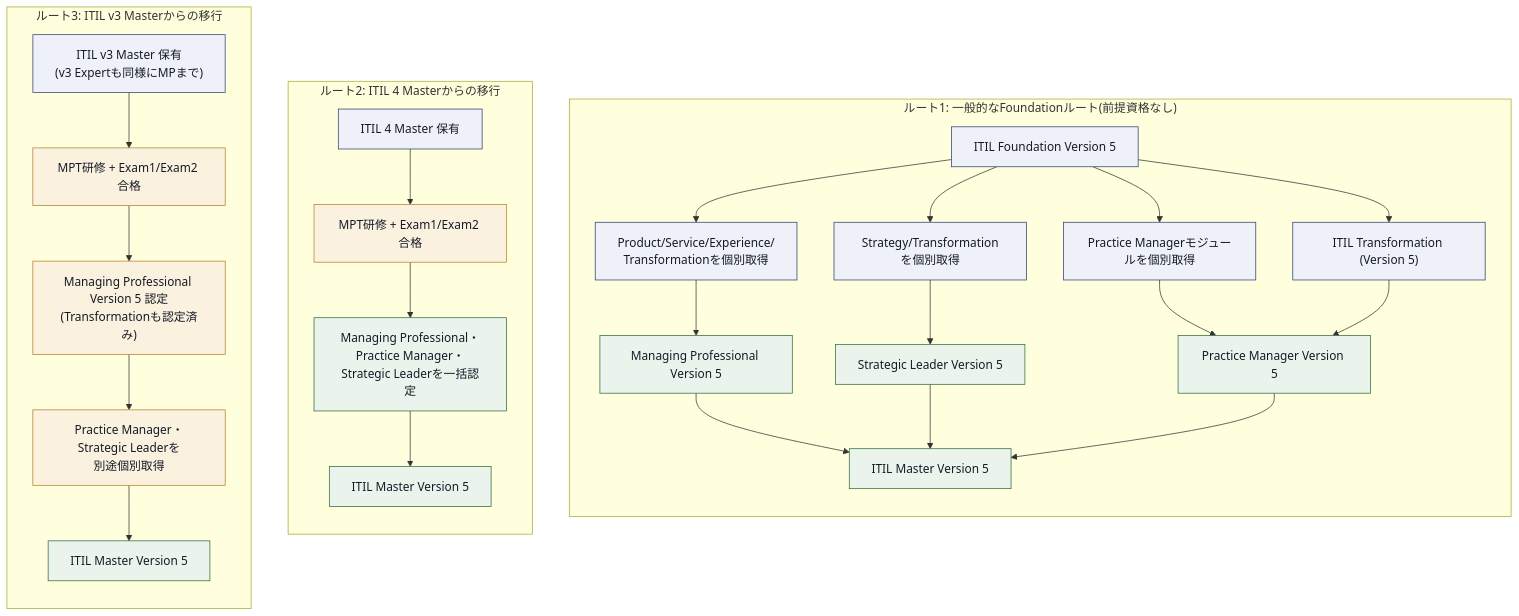
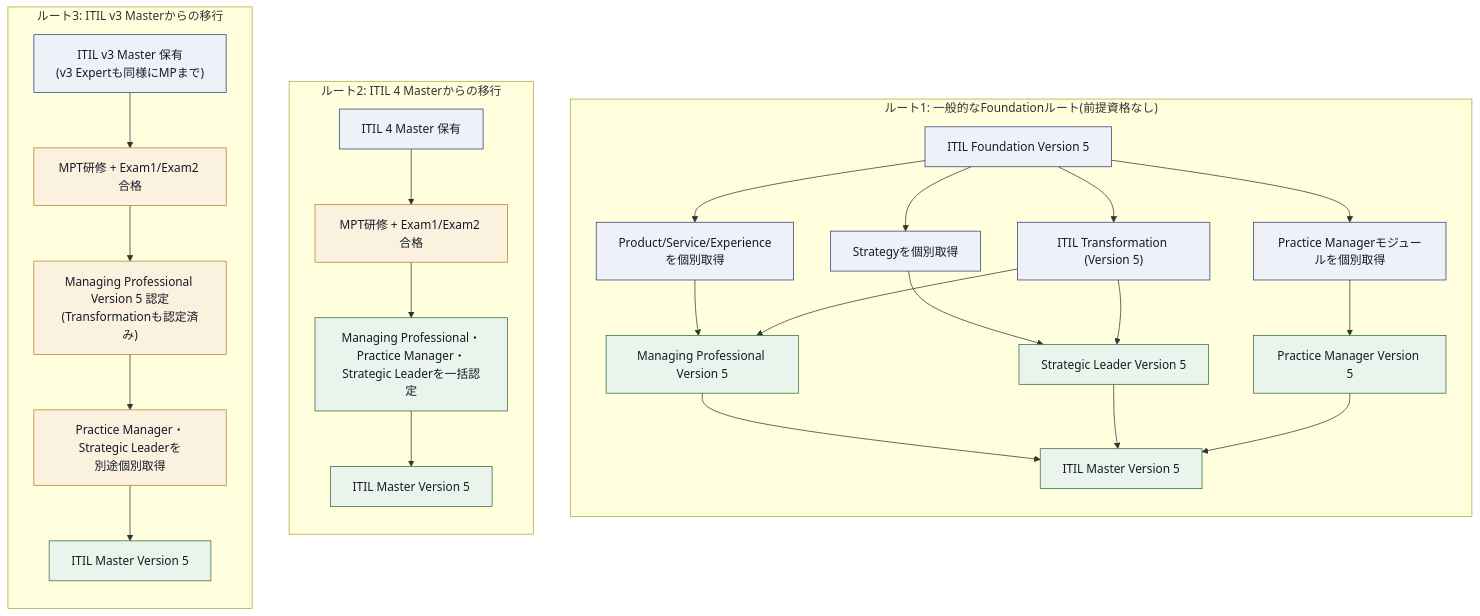
Before and after one commit to myoshi2891/Management-Team-Building-Studies: the first of 9 diagrams in Itil-managing-professional-transition-v5-guide.md, drawn with Mermaid.

Commit message:
docs(itil): clarify transformation path in qualification flowchart

````diff
--- a/Itil-managing-professional-transition-v5-guide.md
+++ b/Itil-managing-professional-transition-v5-guide.md
@@ -44,39 +44,40 @@
 ```mermaid
 flowchart TB
     subgraph RouteGeneral["ルート1: 一般的なFoundationルート(前提資格なし)"]
         direction TB
-        FG["ITIL Foundation Version 5"] --> FG2["Product/Service/Experience/<br/>Transformationを個別取得"]
+        FG["ITIL Foundation Version 5"] --> FG2["Product/Service/Experienceを個別取得"]
         FG2 --> FG3["Managing Professional Version 5"]
-        FG --> FG4["Strategy/Transformationを個別取得"]
+        FG --> FG4["Strategyを個別取得"]
         FG4 --> FG5["Strategic Leader Version 5"]
         FG --> FG6["Practice Managerモジュールを個別取得"]
         FG6 --> FG7["Practice Manager Version 5"]
         FG --> FGT["ITIL Transformation (Version 5)"]
-        FGT --> FG7
+        FGT --> FG3
+        FGT --> FG5
         FG3 --> FG8["ITIL Master Version 5"]
         FG5 --> FG8
         FG7 --> FG8
     end
 
     subgraph Route4["ルート2: ITIL 4 Masterからの移行"]
         direction TB
         M4["ITIL 4 Master 保有"] --> MPT4["MPT研修 + Exam1/Exam2 合格"]
         MPT4 --> M4R["Managing Professional・Practice Manager・<br/>Strategic Leaderを一括認定"]
         M4R --> M4M["ITIL Master Version 5"]
     end
 
     subgraph RouteV3["ルート3: ITIL v3 Masterからの移行"]
         direction TB
         M3["ITIL v3 Master 保有<br/>(v3 Expertも同様にMPまで)"] --> MPT3["MPT研修 + Exam1/Exam2 合格"]
         MPT3 --> M3R["Managing Professional Version 5 認定<br/>(Transformationも認定済み)"]
         M3R --> M3S["Practice Manager・Strategic Leaderを<br/>別途個別取得"]
         M3S --> M3M["ITIL Master Version 5"]
     end
 
     classDef box fill:#EEF1F8,stroke:#2E3F72,color:#161B26
     classDef hub fill:#FAF1DF,stroke:#B8802A,color:#161B26
     classDef done fill:#EAF4EC,stroke:#2F6B3D,color:#161B26
     class FG,FG2,FG4,FG6,FGT,M4,M3 box
     class MPT4,MPT3,M3R,M3S hub
     class FG3,FG5,FG7,FG8,M4R,M4M,M3M done
 ```
````
